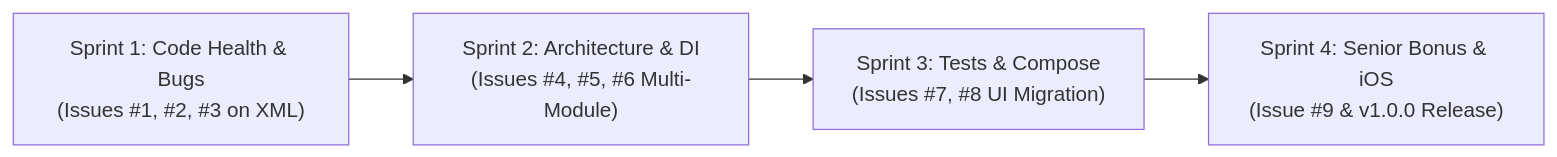
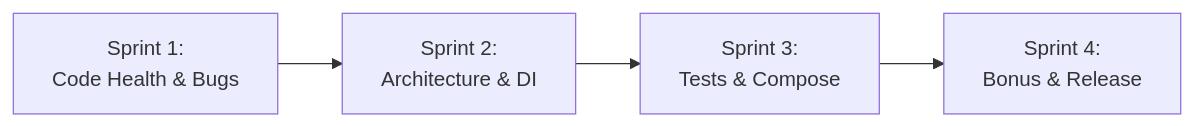
The diagram in docs/03_sprint_execution/readme.md (dinkar1708/dinakar-android-engineer-codecheck), drawn with Mermaid before and after one commit. The commit also changed other lines of this file and 9 other files, not shown here.

````diff
--- a/docs/03_sprint_execution/readme.md
+++ b/docs/03_sprint_execution/readme.md
@@ -13,6 +13,6 @@
 ```mermaid
 flowchart LR
-    S1["Sprint 1: Code Health & Bugs<br/>(Issues #1, #2, #3 on XML)"] --> S2["Sprint 2: Architecture & DI<br/>(Issues #4, #5, #6 Multi-Module)"]
-    S2 --> S3["Sprint 3: Tests & Compose<br/>(Issues #7, #8 UI Migration)"]
-    S3 --> S4["Sprint 4: Senior Bonus & iOS<br/>(Issue #9 & v1.0.0 Release)"]
+    S1["Sprint 1:<br/>Code Health & Bugs"] --> S2["Sprint 2:<br/>Architecture & DI"]
+    S2 --> S3["Sprint 3:<br/>Tests & Compose"]
+    S3 --> S4["Sprint 4:<br/>Bonus & Release"]
 ```
````
